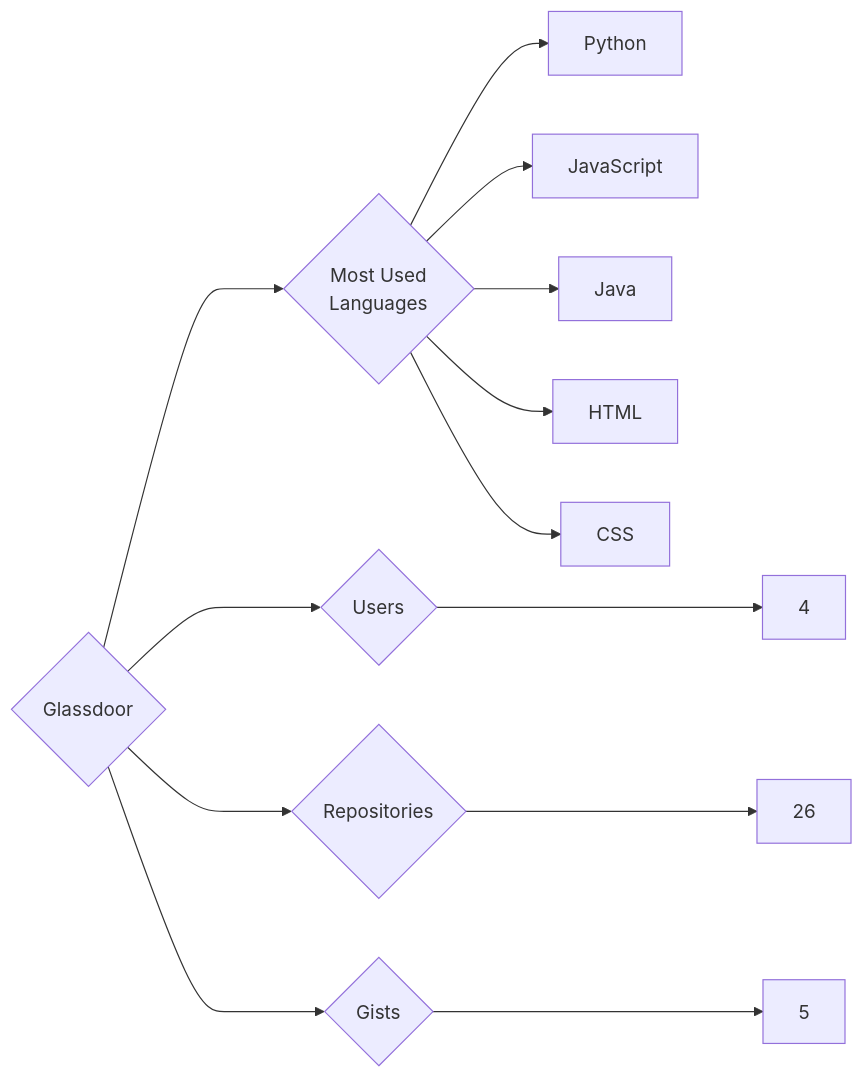
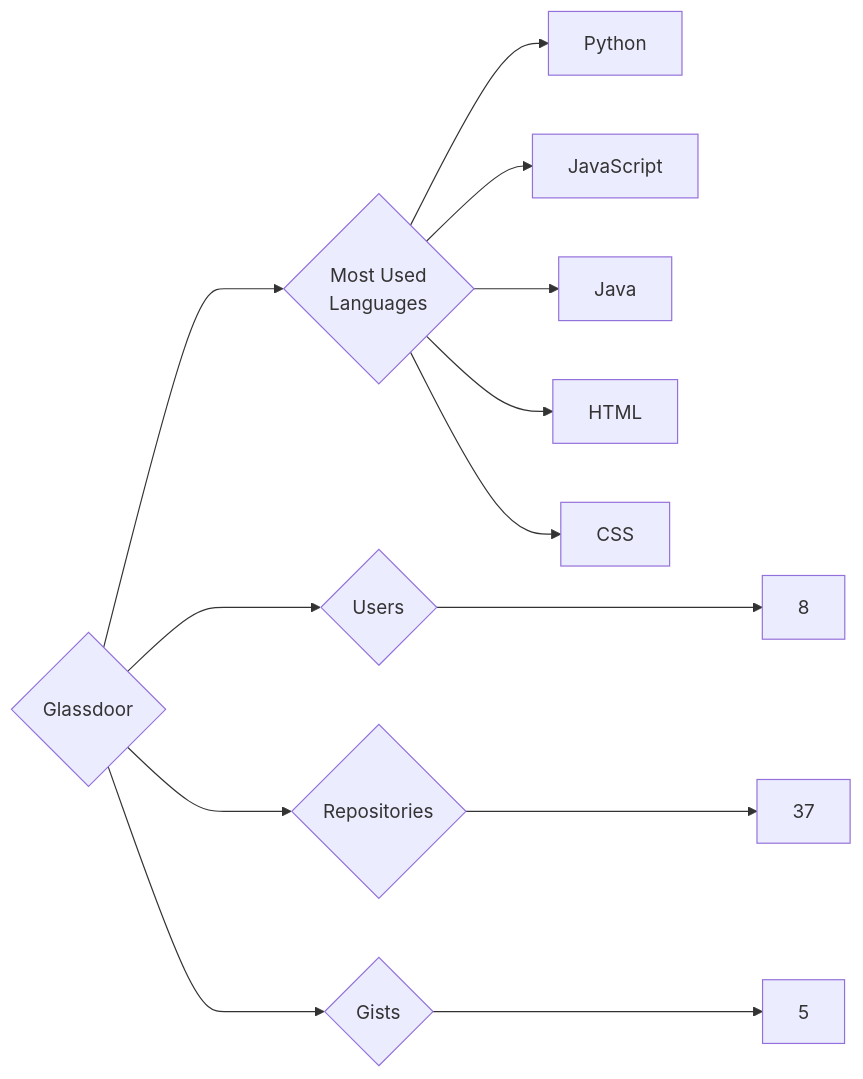
The diagram in targets/Glassdoor/README.md (trickest/insiders), drawn with Mermaid before and after one commit. The commit also changed 814 other files, not shown here.

````diff
--- a/targets/Glassdoor/README.md
+++ b/targets/Glassdoor/README.md
@@ -3,13 +3,13 @@
 ```mermaid
 graph LR
 COMPANY_NAME{Glassdoor}
-COMPANY_NAME ---> U{Users} ---> UN[4]
-COMPANY_NAME ---> R{Repositories} ---> RN[26]
+COMPANY_NAME ---> U{Users} ---> UN[8]
+COMPANY_NAME ---> R{Repositories} ---> RN[37]
 COMPANY_NAME ---> G{Gists} ---> GN[5]
 COMPANY_NAME ---> ML{Most Used<br>Languages}
 ML --> Python[Python]
 ML --> JavaScript[JavaScript]
 ML --> Java[Java]
 ML --> HTML[HTML]
 ML --> CSS[CSS]
 ```
````
